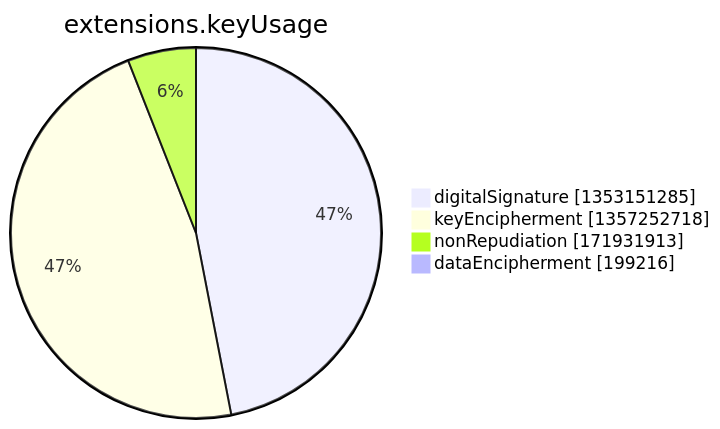
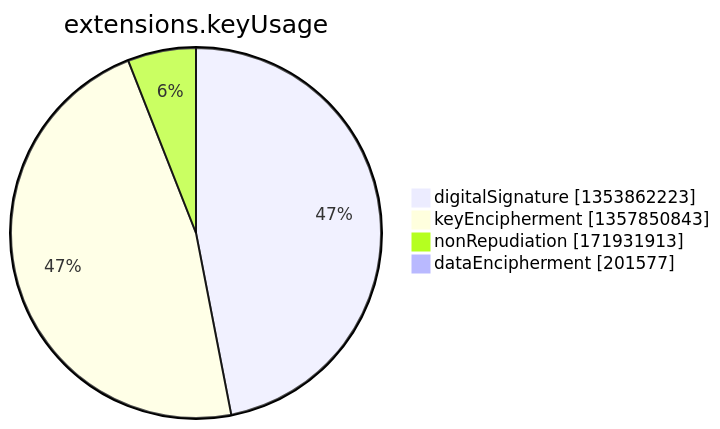
The seventh of 15 diagrams in argon2022/README.md (christiankrug/ctmonitor_visualization), drawn with Mermaid before and after one commit. The commit also changed other lines of this file, not shown here.

````diff
--- a/argon2022/README.md
+++ b/argon2022/README.md
@@ -2750,8 +2750,8 @@
 ```mermaid
 pie showData
 title extensions.keyUsage
-"digitalSignature" :1353151285
-"keyEncipherment" :1357252718
+"digitalSignature" :1353862223
+"keyEncipherment" :1357850843
 "nonRepudiation" :171931913
-"dataEncipherment" :199216
+"dataEncipherment" :201577
 ```
````
